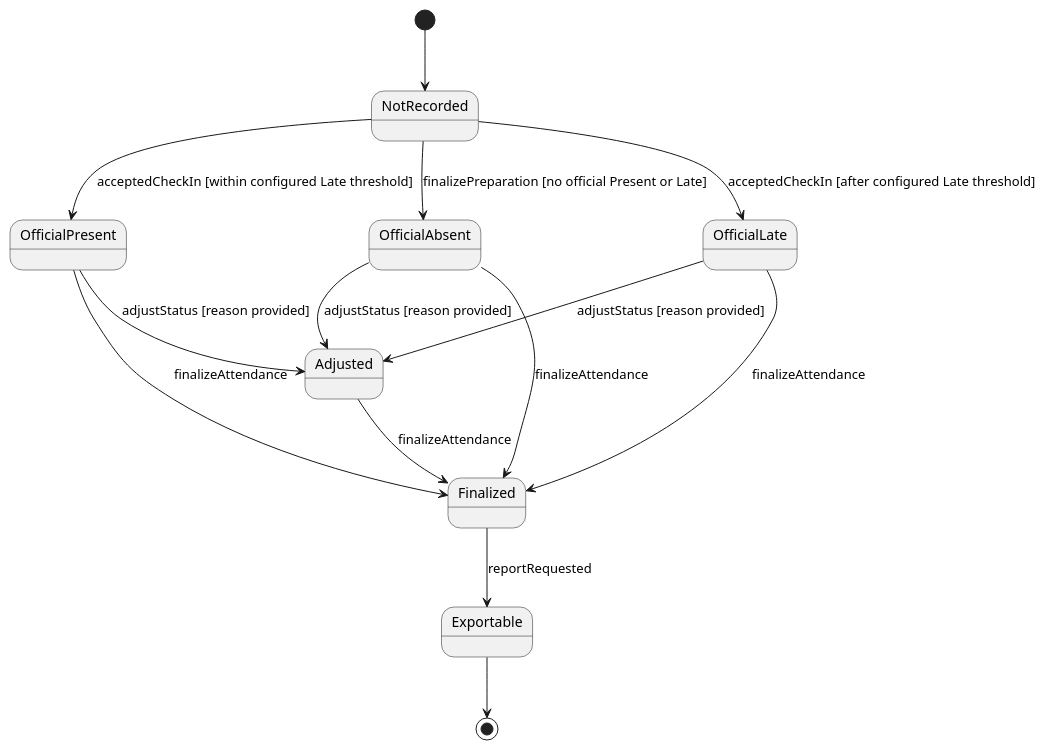
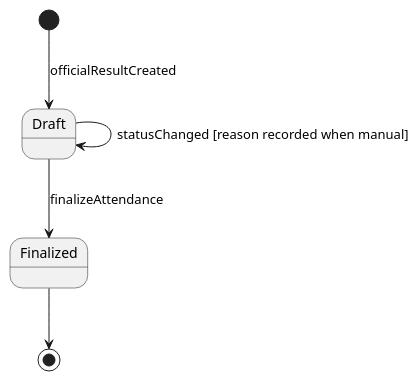
Before and after one commit to nttung42/SWD392: diagram 29 of 29 in docs/sds/2_Analysis.md, drawn with PlantUML. The commit also changed other lines of this file and 5 other files, not shown here.

````diff
--- a/docs/sds/2_Analysis.md
+++ b/docs/sds/2_Analysis.md
@@ -1323,20 +1370,8 @@
 ```plantuml
 @startuml
-[*] --> NotRecorded
-NotRecorded --> OfficialPresent : acceptedCheckIn [within configured Late threshold]
-NotRecorded --> OfficialLate : acceptedCheckIn [after configured Late threshold]
-NotRecorded --> OfficialAbsent : finalizePreparation [no official Present or Late]
-
-OfficialPresent --> Adjusted : adjustStatus [reason provided]
-OfficialLate --> Adjusted : adjustStatus [reason provided]
-OfficialAbsent --> Adjusted : adjustStatus [reason provided]
-
-Adjusted --> Finalized : finalizeAttendance
-OfficialPresent --> Finalized : finalizeAttendance
-OfficialLate --> Finalized : finalizeAttendance
-OfficialAbsent --> Finalized : finalizeAttendance
-
-Finalized --> Exportable : reportRequested
-Exportable --> [*]
+[*] --> Draft : officialResultCreated
+Draft --> Draft : statusChanged [reason recorded when manual]
+Draft --> Finalized : finalizeAttendance
+Finalized --> [*]
 @enduml
 ```
````
